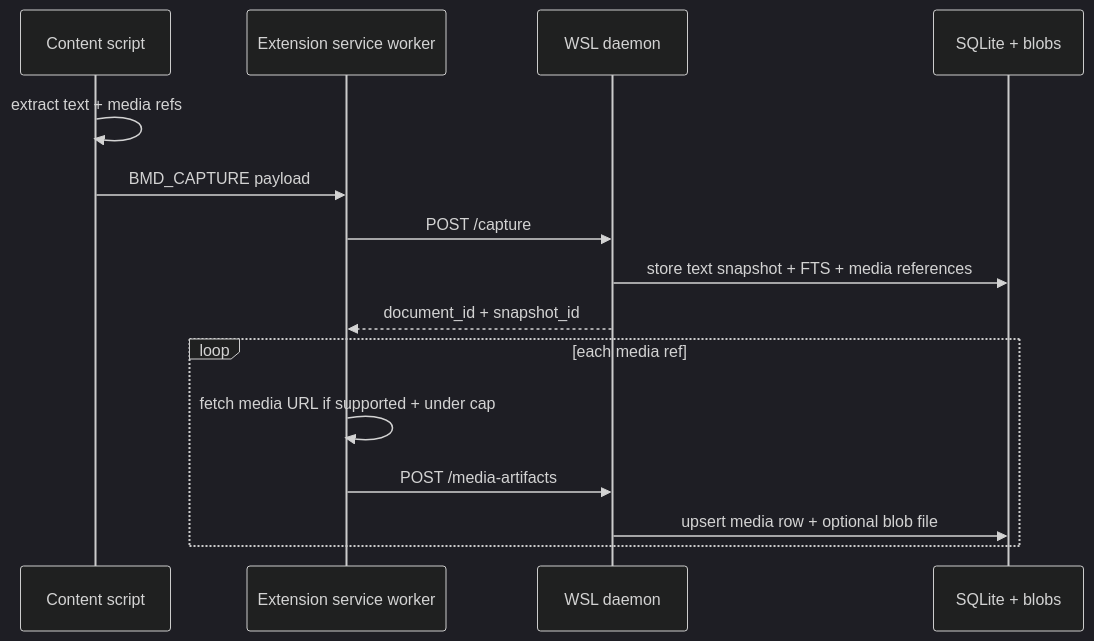
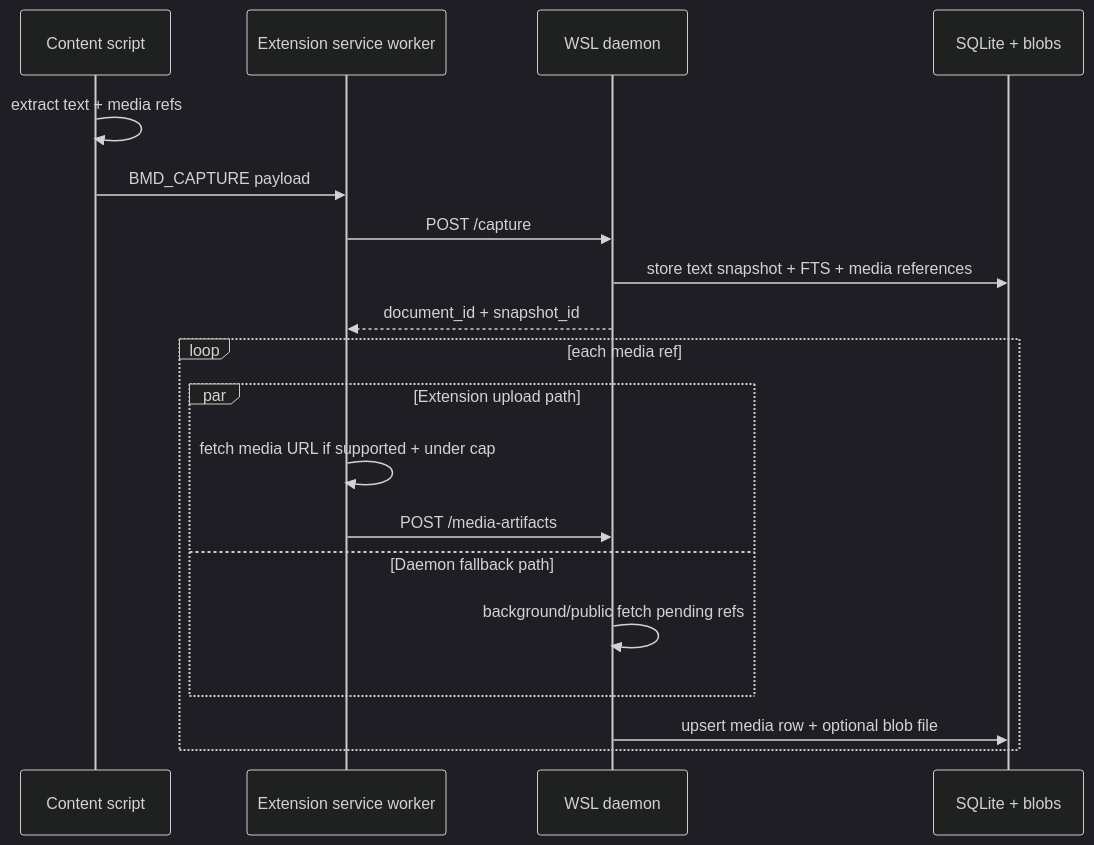
One commit to michaelnicks0/browser-memory-daemon changed the diagram in docs/media-artifacts.md. Above: the diagram before and after it, drawn with Mermaid (dark theme). The commit also changed other lines of this file and 8 other files, not shown here.

Commit message:
feat: fetch pending media artifacts in daemon

````diff
--- a/docs/media-artifacts.md
+++ b/docs/media-artifacts.md
@@ -84,18 +84,22 @@
 ```mermaid
 sequenceDiagram
   participant CS as Content script
   participant SW as Extension service worker
   participant D as WSL daemon
   participant DB as SQLite + blobs
 
   CS->>CS: extract text + media refs
   CS->>SW: BMD_CAPTURE payload
   SW->>D: POST /capture
   D->>DB: store text snapshot + FTS + media references
   D-->>SW: document_id + snapshot_id
   loop each media ref
-    SW->>SW: fetch media URL if supported + under cap
-    SW->>D: POST /media-artifacts
+    par Extension upload path
+      SW->>SW: fetch media URL if supported + under cap
+      SW->>D: POST /media-artifacts
+    and Daemon fallback path
+      D->>D: background/public fetch pending refs
+    end
     D->>DB: upsert media row + optional blob file
   end
 ```
````
